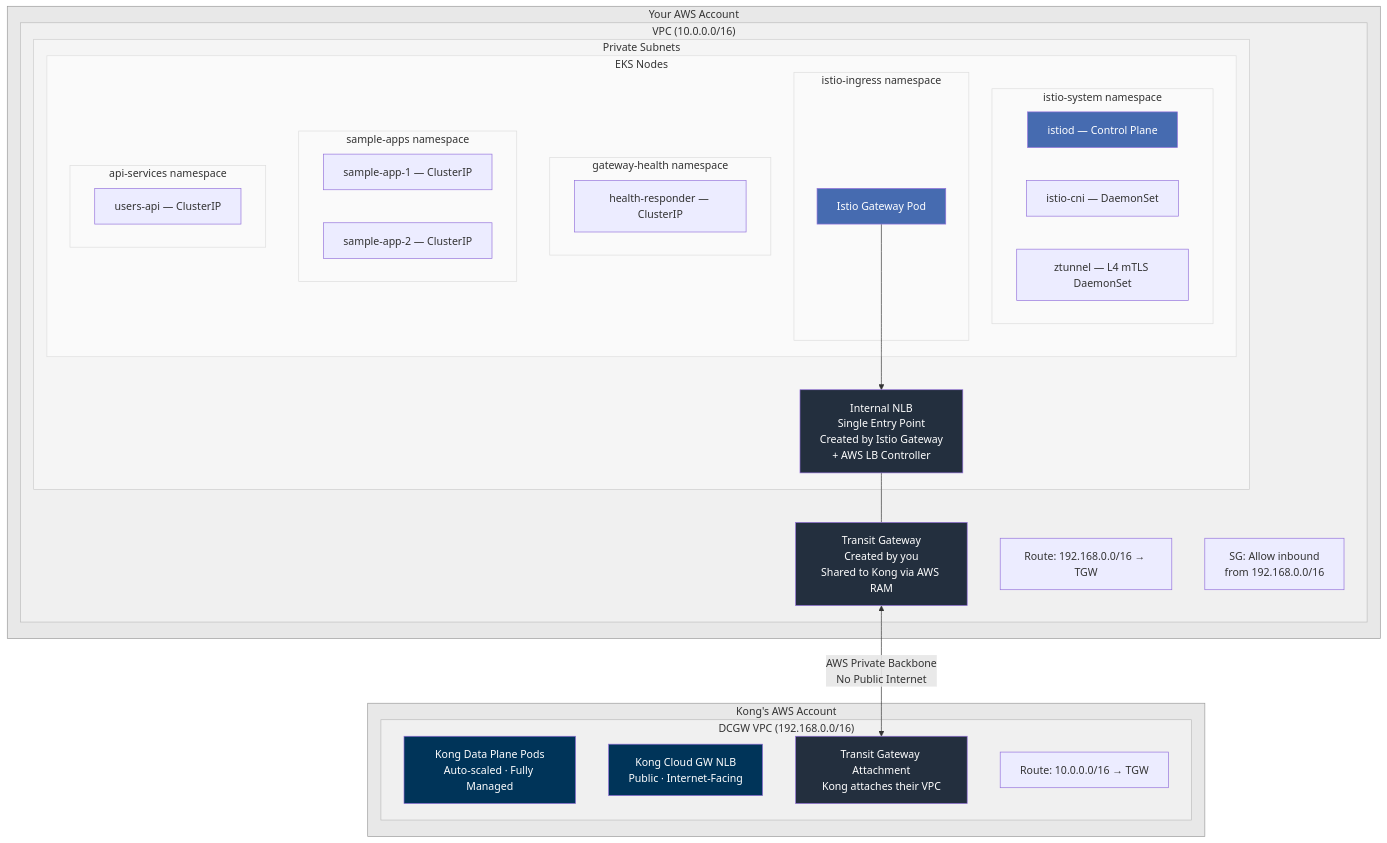
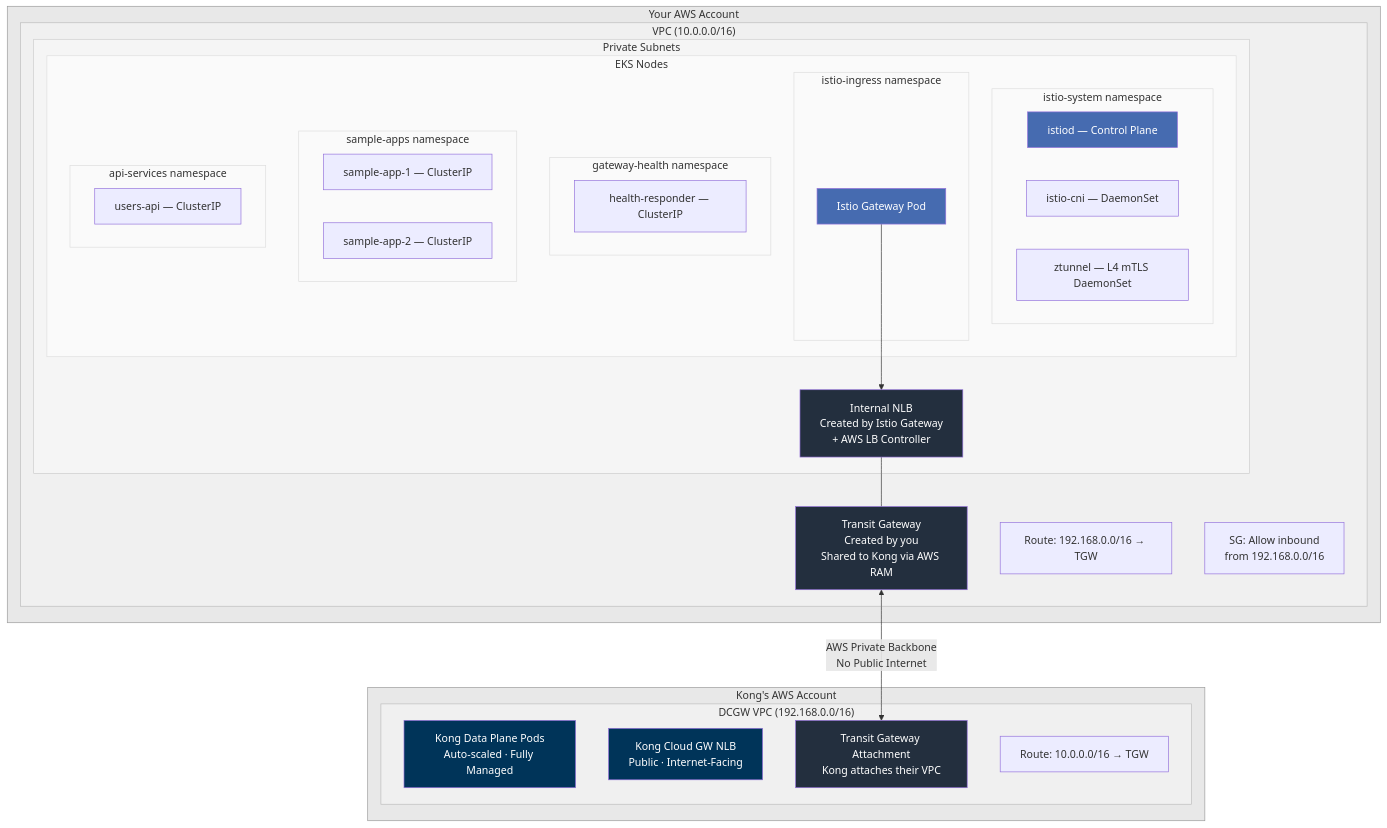
Before and after one commit to shanaka-versent/Kong-Konnect-Cloud-Gateway-on-EKS: the third of 4 diagrams in README.md, drawn with Mermaid. The commit also changed other lines of this file, not shown here.

Commit message:
Remove 'Single Entry Point' label from NLB in diagrams

````diff
--- a/README.md
+++ b/README.md
@@ -121,65 +121,65 @@
 ```mermaid
 graph TB
     subgraph your_acct2 ["Your AWS Account"]
         subgraph VPC ["VPC (10.0.0.0/16)"]
             subgraph PrivSubnets [Private Subnets]
                 subgraph EKSNodes [EKS Nodes]
                     subgraph ns_istio_system ["istio-system namespace"]
                         istiod_n[istiod — Control Plane]
                         cni_n[istio-cni — DaemonSet]
                         ztunnel_n[ztunnel — L4 mTLS DaemonSet]
                     end
                     subgraph ns_istio_ingress ["istio-ingress namespace"]
                         gw_pod[Istio Gateway Pod]
                     end
                     subgraph ns_gw_health2 ["gateway-health namespace"]
                         health_n[health-responder — ClusterIP]
                     end
                     subgraph ns_sample_apps ["sample-apps namespace"]
                         app1_n[sample-app-1 — ClusterIP]
                         app2_n[sample-app-2 — ClusterIP]
                     end
                     subgraph ns_api2 ["api-services namespace"]
                         api_n[users-api — ClusterIP]
                     end
                 end
-                INLB[Internal NLB<br/>Single Entry Point<br/>Created by Istio Gateway<br/>+ AWS LB Controller]
+                INLB[Internal NLB<br/>Created by Istio Gateway<br/>+ AWS LB Controller]
             end
             TGW_Y[Transit Gateway<br/>Created by you<br/>Shared to Kong via AWS RAM]
             RT_Y[Route: 192.168.0.0/16 → TGW]
             SG_Y[SG: Allow inbound<br/>from 192.168.0.0/16]
         end
     end
 
     subgraph kong_acct2 ["Kong's AWS Account"]
         subgraph KVPC ["DCGW VPC (192.168.0.0/16)"]
             KDP[Kong Data Plane Pods<br/>Auto-scaled · Fully Managed]
             KNLB[Kong Cloud GW NLB<br/>Public · Internet-Facing]
             TGW_K[Transit Gateway Attachment<br/>Kong attaches their VPC]
             RT_K[Route: 10.0.0.0/16 → TGW]
         end
     end
 
     gw_pod --> INLB
     INLB --- TGW_Y
     TGW_Y <-->|AWS Private Backbone<br/>No Public Internet| TGW_K
 
     style TGW_Y fill:#232F3E,color:#fff
     style TGW_K fill:#232F3E,color:#fff
     style INLB fill:#232F3E,color:#fff
     style KNLB fill:#003459,color:#fff
     style KDP fill:#003459,color:#fff
     style gw_pod fill:#466BB0,color:#fff
     style istiod_n fill:#466BB0,color:#fff
     style your_acct2 fill:#E8E8E8,stroke:#999,color:#333
     style kong_acct2 fill:#E8E8E8,stroke:#999,color:#333
     style VPC fill:#F0F0F0,stroke:#BBB,color:#333
     style KVPC fill:#F0F0F0,stroke:#BBB,color:#333
     style PrivSubnets fill:#F5F5F5,stroke:#CCC,color:#333
     style EKSNodes fill:#FAFAFA,stroke:#DDD,color:#333
     style ns_istio_system fill:#FAFAFA,stroke:#DDD,color:#333
     style ns_istio_ingress fill:#FAFAFA,stroke:#DDD,color:#333
     style ns_gw_health2 fill:#FAFAFA,stroke:#DDD,color:#333
     style ns_sample_apps fill:#FAFAFA,stroke:#DDD,color:#333
     style ns_api2 fill:#FAFAFA,stroke:#DDD,color:#333
 ```
````
